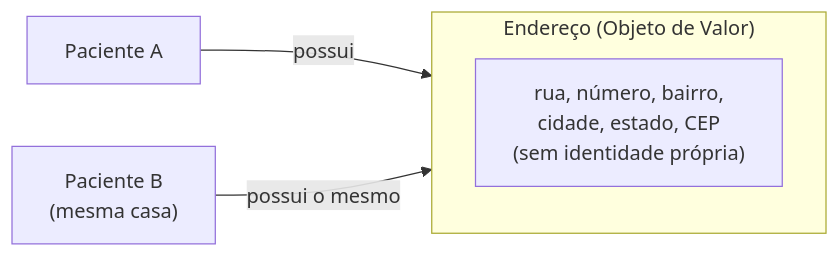
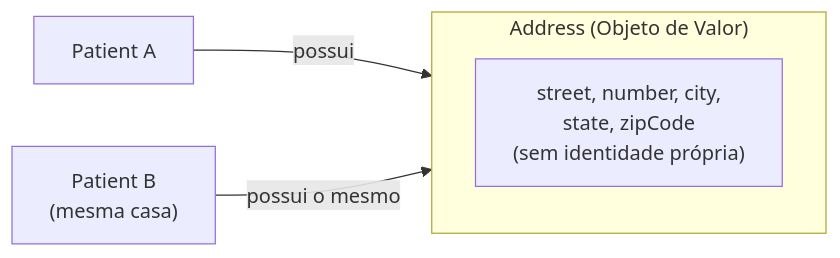
Before and after one commit to burn-c/arquitetura-de-software-fase-2: the second of 4 diagrams in docs/Estratégia e Inovação/Arquitetura de Software/4 - Entidades e Objetos de Valor/5 - Objeto de Valor.md, drawn with Mermaid. The commit also changed other lines of this file and 6 other files, not shown here.

````diff
--- a/docs/Estratégia e Inovação/Arquitetura de Software/4 - Entidades e Objetos de Valor/5 - Objeto de Valor.md
+++ b/docs/Estratégia e Inovação/Arquitetura de Software/4 - Entidades e Objetos de Valor/5 - Objeto de Valor.md
@@ -33,11 +33,11 @@
 ```mermaid
 flowchart LR
-    subgraph VO["Endereço (Objeto de Valor)"]
-        E["rua, número, bairro,<br/>cidade, estado, CEP<br/>(sem identidade própria)"]
+    subgraph VO["Address (Objeto de Valor)"]
+        E["street, number, city,<br/>state, zipCode<br/>(sem identidade própria)"]
     end
-    P1["Paciente A"]
-    P2["Paciente B<br/>(mesma casa)"]
+    P1["Patient A"]
+    P2["Patient B<br/>(mesma casa)"]
 
     P1 -->|possui| VO
     P2 -->|possui o mesmo| VO
 ```
````
